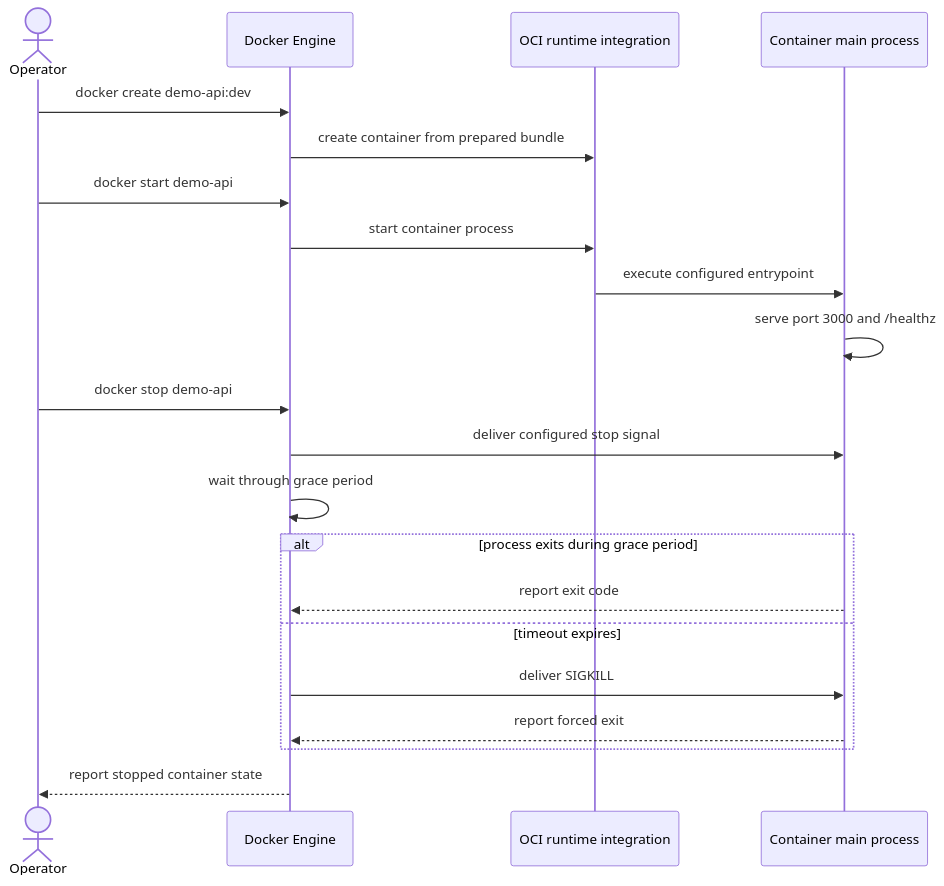
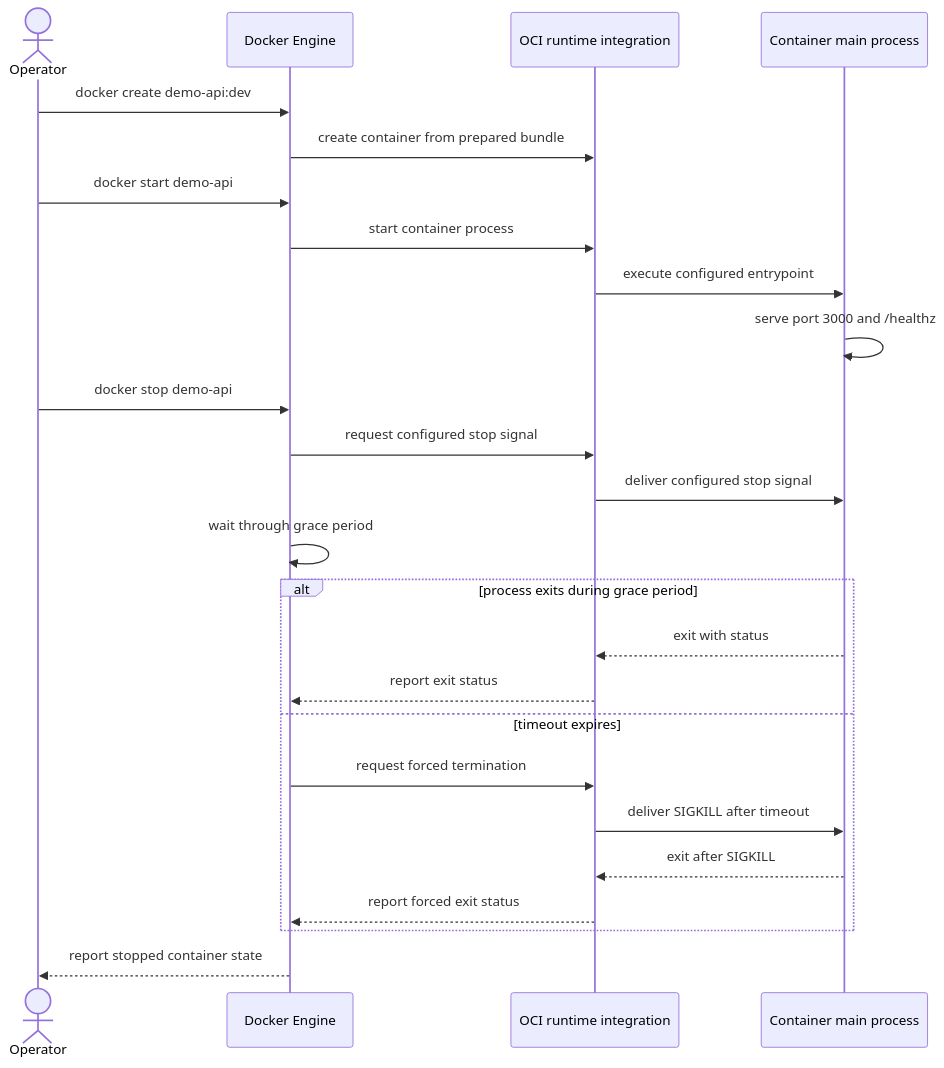
The diagram in docs/docker-oci/runtime/process-lifecycle.md (liufashi-Mr/cloud-native-docs), drawn with Mermaid before and after one commit. The commit also changed other lines of this file and 5 other files, not shown here.

````diff
--- a/docs/docker-oci/runtime/process-lifecycle.md
+++ b/docs/docker-oci/runtime/process-lifecycle.md
@@ -9,23 +9,27 @@
 ```mermaid
 sequenceDiagram
   actor OP as Operator
   participant DE as Docker Engine
   participant RT as OCI runtime integration
   participant APP as Container main process
   OP->>DE: docker create demo-api:dev
   DE->>RT: create container from prepared bundle
   OP->>DE: docker start demo-api
   DE->>RT: start container process
   RT->>APP: execute configured entrypoint
   APP->>APP: serve port 3000 and /healthz
   OP->>DE: docker stop demo-api
-  DE->>APP: deliver configured stop signal
+  DE->>RT: request configured stop signal
+  RT->>APP: deliver configured stop signal
   DE->>DE: wait through grace period
   alt process exits during grace period
-    APP-->>DE: report exit code
+    APP-->>RT: exit with status
+    RT-->>DE: report exit status
   else timeout expires
-    DE->>APP: deliver SIGKILL
-    APP-->>DE: report forced exit
+    DE->>RT: request forced termination
+    RT->>APP: deliver SIGKILL after timeout
+    APP-->>RT: exit after SIGKILL
+    RT-->>DE: report forced exit status
   end
   DE-->>OP: report stopped container state
 ```
````
